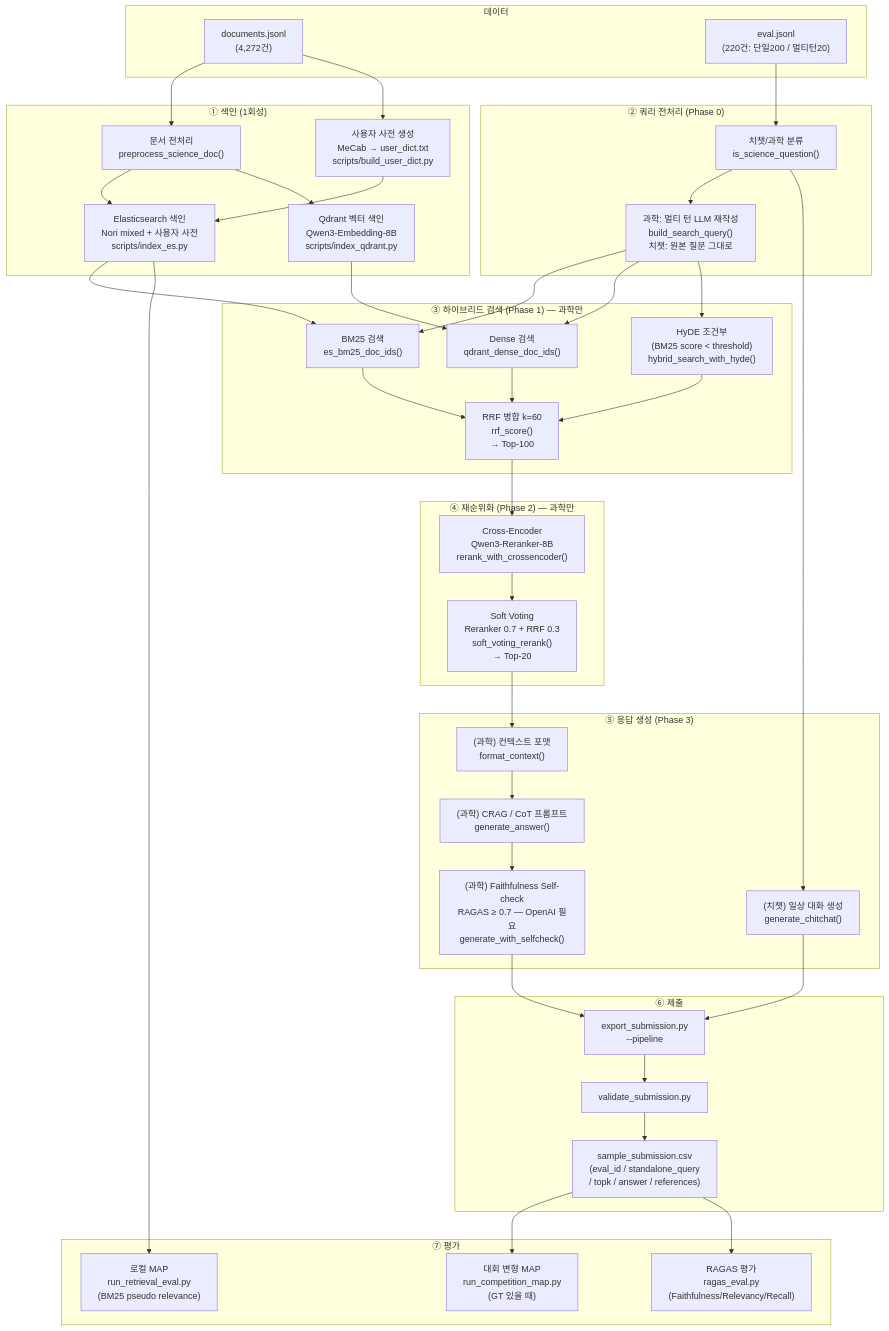
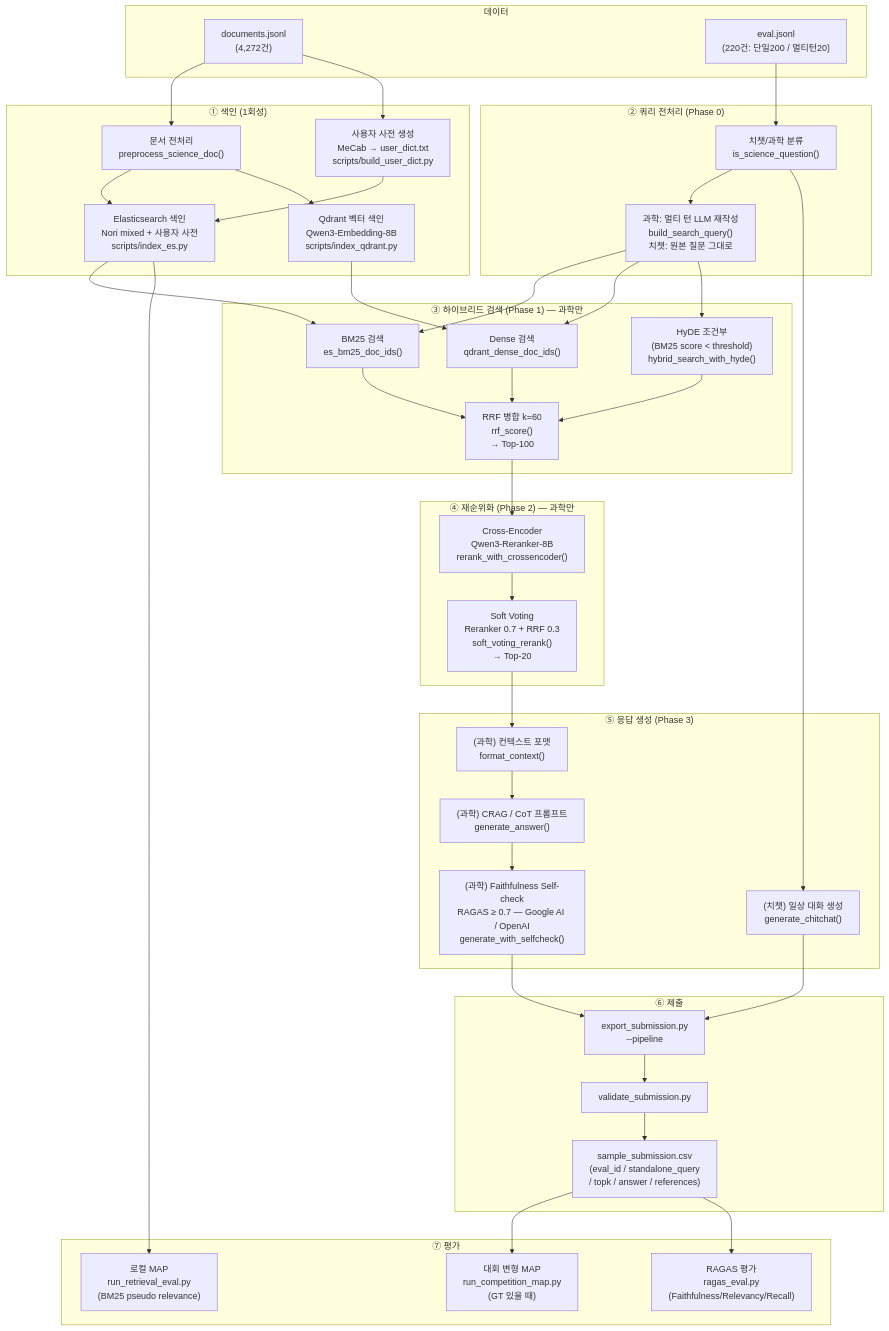
The first of 2 diagrams in docs/OPERATION.md (WanYoung-Oh/IR_PJT), drawn with Mermaid before and after one commit. The commit also changed other lines of this file and 7 other files, not shown here.

````diff
--- a/docs/OPERATION.md
+++ b/docs/OPERATION.md
@@ -9,64 +9,64 @@
 ```mermaid
 flowchart TD
     subgraph data ["데이터"]
       D1["documents.jsonl<br>(4,272건)"]
         D2["eval.jsonl<br>(220건: 단일200 / 멀티턴20)"]
     end
 
     subgraph index ["① 색인 (1회성)"]
         PRE["문서 전처리<br>preprocess_science_doc()"]
         IDX_ES["Elasticsearch 색인<br>Nori mixed + 사용자 사전<br>scripts/index_es.py"]
         IDX_QD["Qdrant 벡터 색인<br>Qwen3-Embedding-8B<br>scripts/index_qdrant.py"]
         DICT["사용자 사전 생성<br>MeCab → user_dict.txt<br>scripts/build_user_dict.py"]
     end
 
     subgraph query ["② 쿼리 전처리 (Phase 0)"]
         CLASS["치챗/과학 분류<br>is_science_question()"]
         QP["과학: 멀티 턴 LLM 재작성<br>build_search_query()<br>치챗: 원본 질문 그대로"]
     end
 
     subgraph retrieval ["③ 하이브리드 검색 (Phase 1) — 과학만"]
         BM25["BM25 검색<br>es_bm25_doc_ids()"]
         DENSE["Dense 검색<br>qdrant_dense_doc_ids()"]
         HYDE["HyDE 조건부<br>(BM25 score < threshold)<br>hybrid_search_with_hyde()"]
         RRF["RRF 병합 k=60<br>rrf_score()<br>→ Top-100"]
     end
 
     subgraph rerank ["④ 재순위화 (Phase 2) — 과학만"]
         RERANKER["Cross-Encoder<br>Qwen3-Reranker-8B<br>rerank_with_crossencoder()"]
         VOTE["Soft Voting<br>Reranker 0.7 + RRF 0.3<br>soft_voting_rerank()<br>→ Top-20"]
     end
 
     subgraph gen ["⑤ 응답 생성 (Phase 3)"]
         CTX["(과학) 컨텍스트 포맷<br>format_context()"]
         LLM["(과학) CRAG / CoT 프롬프트<br>generate_answer()"]
-        CHECK["(과학) Faithfulness Self-check<br>RAGAS ≥ 0.7 — OpenAI 필요<br>generate_with_selfcheck()"]
+        CHECK["(과학) Faithfulness Self-check<br>RAGAS ≥ 0.7 — Google AI / OpenAI<br>generate_with_selfcheck()"]
         CHAT["(치챗) 일상 대화 생성<br>generate_chitchat()"]
     end
 
     subgraph output ["⑥ 제출"]
         SUB["export_submission.py<br>--pipeline"]
         VAL["validate_submission.py"]
         CSV["sample_submission.csv<br>(eval_id / standalone_query<br>/ topk / answer / references)"]
     end
 
     subgraph eval ["⑦ 평가"]
         MAP_LOCAL["로컬 MAP<br>run_retrieval_eval.py<br>(BM25 pseudo relevance)"]
         MAP_COMP["대회 변형 MAP<br>run_competition_map.py<br>(GT 있을 때)"]
         RAGAS_E["RAGAS 평가<br>ragas_eval.py<br>(Faithfulness/Relevancy/Recall)"]
     end
 
     D1 --> PRE --> IDX_ES & IDX_QD
     D1 --> DICT --> IDX_ES
     D2 --> CLASS --> QP
     QP --> BM25 & DENSE & HYDE
     IDX_ES --> BM25
     IDX_QD --> DENSE
     BM25 & DENSE & HYDE --> RRF
     RRF --> RERANKER --> VOTE
     VOTE --> CTX --> LLM --> CHECK
     CLASS --> CHAT
     CHECK & CHAT --> SUB --> VAL --> CSV
     CSV --> MAP_COMP & RAGAS_E
     IDX_ES --> MAP_LOCAL
 ```
````
